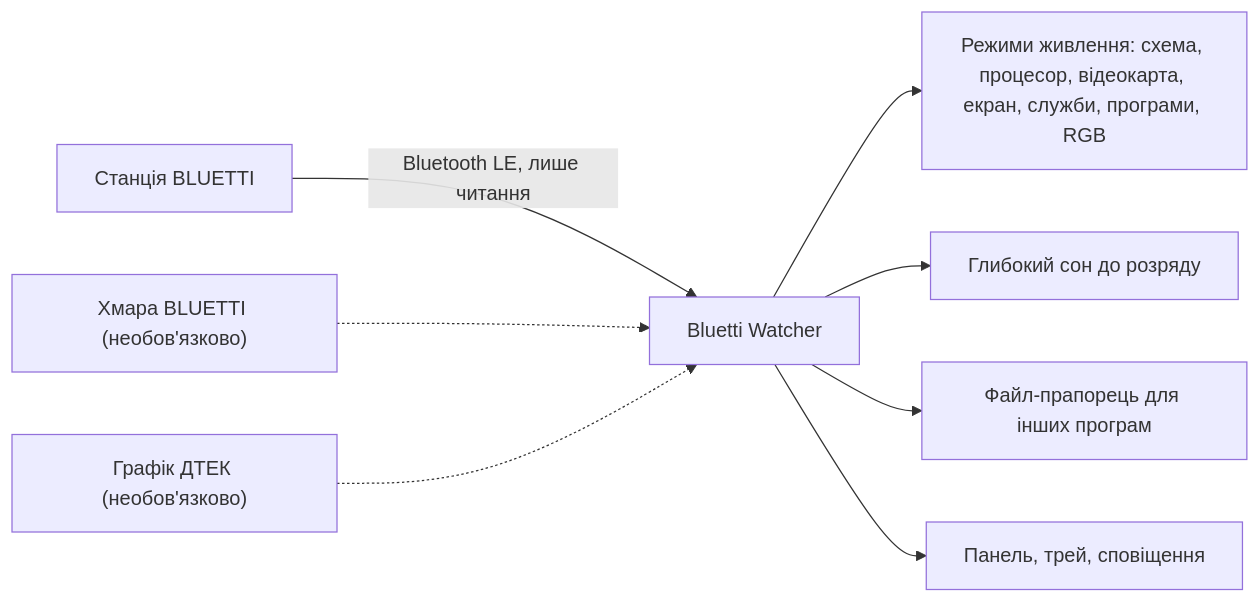
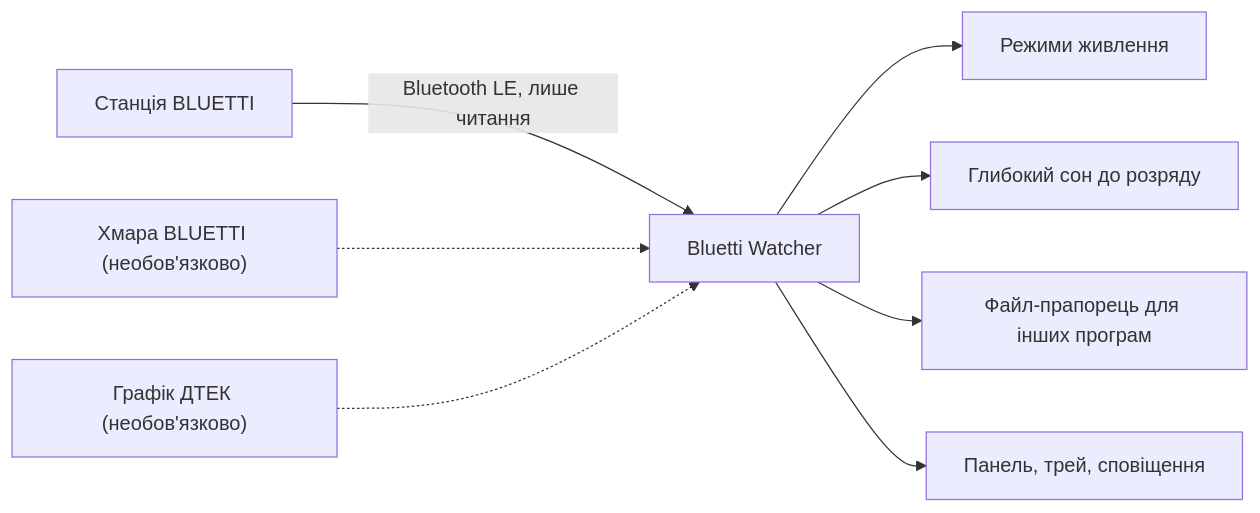
The diagram in README.uk.md (vitaliy-shatskiy/bluetti-watcher), drawn with Mermaid before and after one commit. The commit also changed other lines of this file and 1 other file, not shown here.

Commit message:
docs: README first screen fits the column

````diff
--- a/README.uk.md
+++ b/README.uk.md
@@ -40,10 +40,10 @@
 ```mermaid
 flowchart LR
   S["Станція BLUETTI"] -- "Bluetooth LE, лише читання" --> W["Bluetti Watcher"]
   C["Хмара BLUETTI (необов'язково)"] -.-> W
   K["Графік ДТЕК (необов'язково)"] -.-> W
-  W --> P["Режими живлення: схема, процесор, відеокарта, екран, служби, програми, RGB"]
+  W --> P["Режими живлення"]
   W --> H["Глибокий сон до розряду"]
   W --> F["Файл-прапорець для інших програм"]
   W --> D["Панель, трей, сповіщення"]
 ```
````
